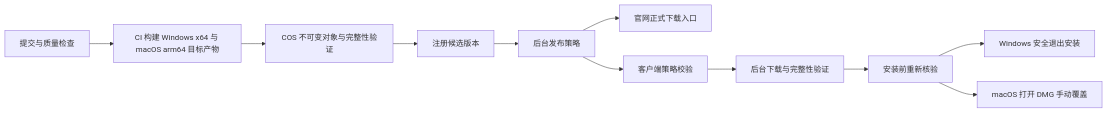
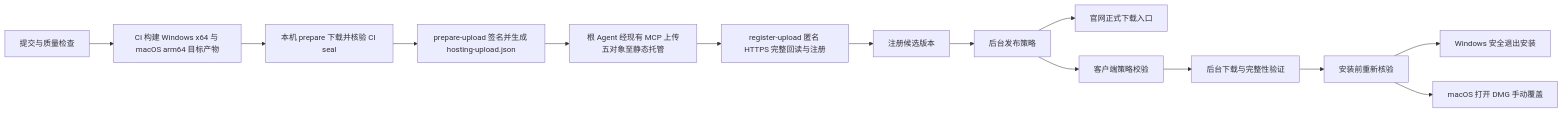
Before and after one commit to SmartSunruiyang/WenXue: the diagram in .project.agents/docs/superpowers/plans/2026-09-25-desktop-release-notifications-updates.md, drawn with Mermaid. The commit also changed other lines of this file and 36 other files, not shown here.

````diff
--- a/.project.agents/docs/superpowers/plans/2026-09-25-desktop-release-notifications-updates.md
+++ b/.project.agents/docs/superpowers/plans/2026-09-25-desktop-release-notifications-updates.md
@@ -67,13 +67,16 @@
 ```mermaid
 flowchart LR
     A[提交与质量检查] --> B[CI 构建 Windows x64 与 macOS arm64 目标产物]
-    B --> C[COS 不可变对象与完整性验证]
-    C --> D[注册候选版本]
+    B --> C[本机 prepare 下载并核验 CI seal]
+    C --> C1[prepare-upload 签名并生成 hosting-upload.json]
+    C1 --> C2[根 Agent 经现有 MCP 上传五对象至静态托管]
+    C2 --> C3[register-upload 匿名 HTTPS 完整回读与注册]
+    C3 --> D[注册候选版本]
     D --> E[后台发布策略]
     E --> F[官网正式下载入口]
     E --> G[客户端策略校验]
     G --> H[后台下载与完整性验证]
     H --> I[安装前重新核验]
     I --> J[Windows 安全退出安装]
     I --> K[macOS 打开 DMG 手动覆盖]
 ```
````
